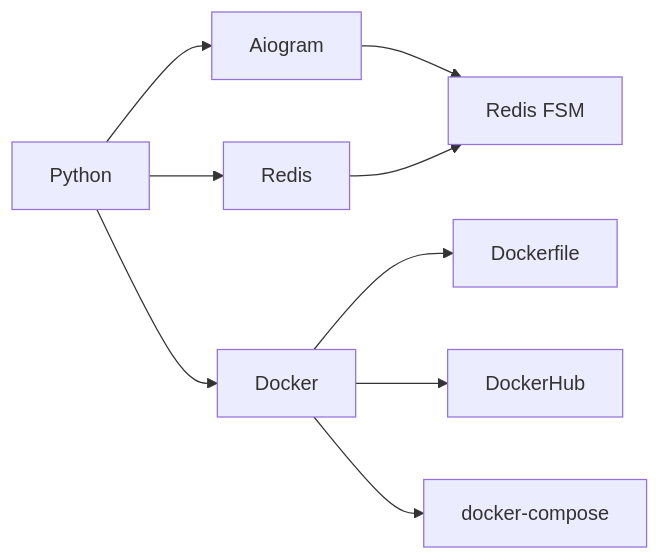
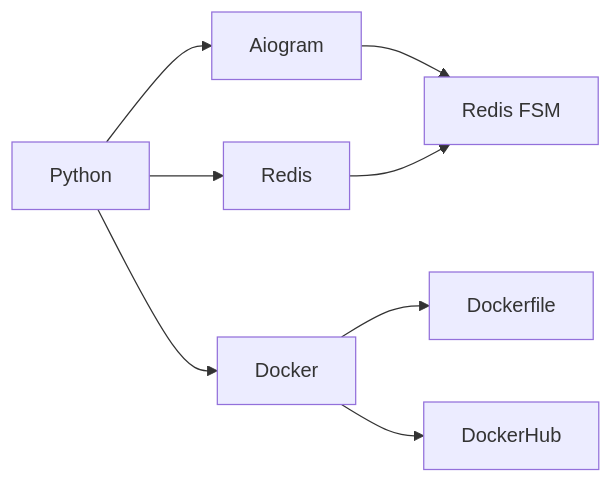
One commit to nihosprop/nihosprop changed the diagram in diagram.mmd. Above: the diagram before and after it, drawn with Mermaid.

Commit message:
refactor

```diff
--- a/diagram.mmd
+++ b/diagram.mmd
@@ -1,9 +1,8 @@
 graph LR
     A[Python] --> B[Aiogram]
     B --> BA[Redis FSM]
     C --> BA[Redis FSM]
     A --> C[Redis]
     A --> D[Docker]
     D --> AD[Dockerfile]
     D --> ADA[DockerHub]
-    D --> DB[docker-compose]
```
